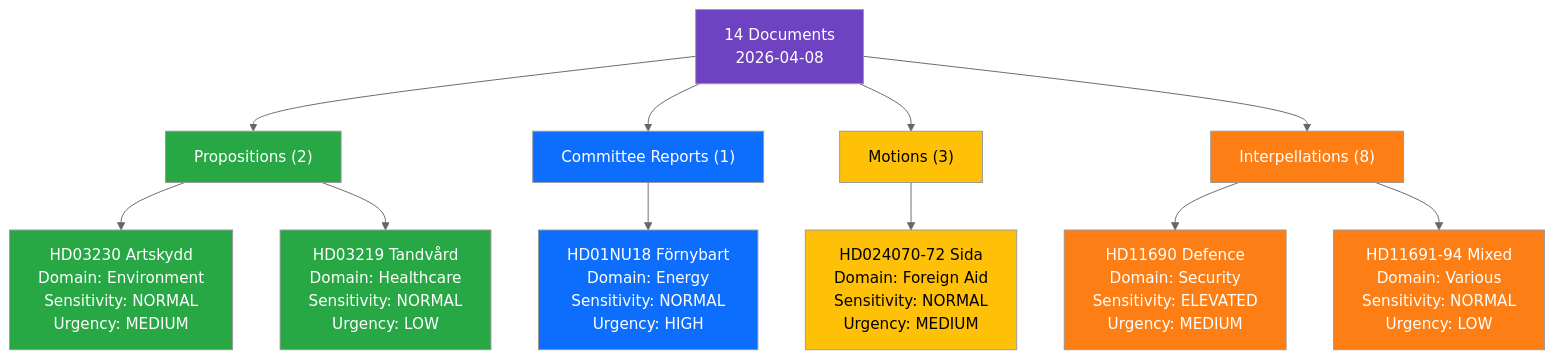
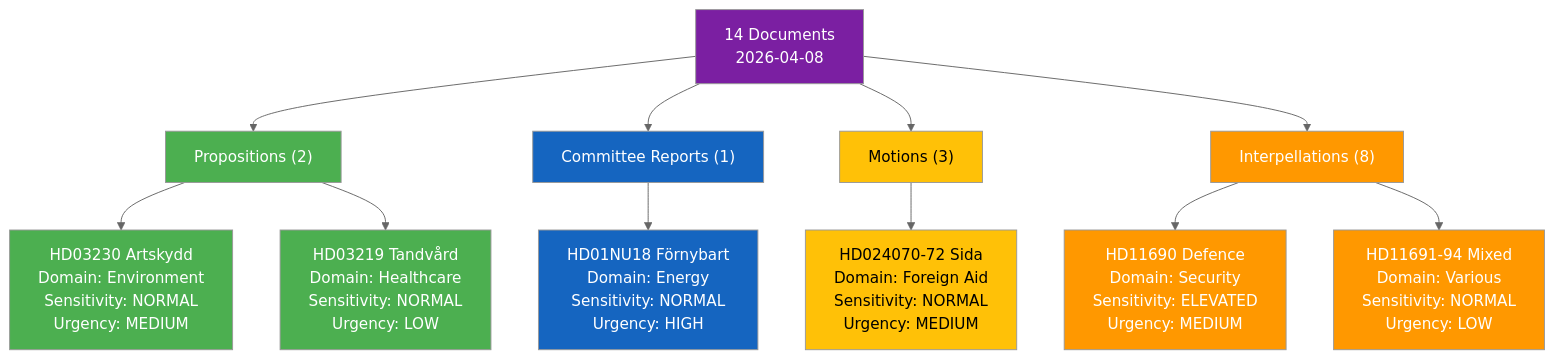
The diagram in analysis/daily/2026-04-08/evening-analysis/classification-results.md (Hack23/riksdagsmonitor), drawn with Mermaid (neutral theme) before and after one commit. The commit also changed 785 other files, not shown here.

First line of the commit message:
Normalize mermaid colors across 786 analysis artifacts to ISMS Style Guide palette

````diff
--- a/analysis/daily/2026-04-08/evening-analysis/classification-results.md
+++ b/analysis/daily/2026-04-08/evening-analysis/classification-results.md
@@ -10,30 +10,30 @@
 ```mermaid
 graph TD
     START["14 Documents<br/>2026-04-08"]
     START --> PROP["Propositions (2)"]
     START --> BET["Committee Reports (1)"]
     START --> MOT["Motions (3)"]
     START --> IP["Interpellations (8)"]
 
     PROP --> P1["HD03230 Artskydd<br/>Domain: Environment<br/>Sensitivity: NORMAL<br/>Urgency: MEDIUM"]
     PROP --> P2["HD03219 Tandvård<br/>Domain: Healthcare<br/>Sensitivity: NORMAL<br/>Urgency: LOW"]
 
     BET --> B1["HD01NU18 Förnybart<br/>Domain: Energy<br/>Sensitivity: NORMAL<br/>Urgency: HIGH"]
 
     MOT --> M1["HD024070-72 Sida<br/>Domain: Foreign Aid<br/>Sensitivity: NORMAL<br/>Urgency: MEDIUM"]
 
     IP --> I1["HD11690 Defence<br/>Domain: Security<br/>Sensitivity: ELEVATED<br/>Urgency: MEDIUM"]
     IP --> I2["HD11691-94 Mixed<br/>Domain: Various<br/>Sensitivity: NORMAL<br/>Urgency: LOW"]
 
-    style START fill:#6f42c1,color:#fff
-    style PROP fill:#28a745,color:#fff
-    style BET fill:#0d6efd,color:#fff
-    style MOT fill:#ffc107,color:#000
-    style IP fill:#fd7e14,color:#fff
-    style P1 fill:#28a745,color:#fff
-    style P2 fill:#28a745,color:#fff
-    style B1 fill:#0d6efd,color:#fff
-    style M1 fill:#ffc107,color:#000
-    style I1 fill:#fd7e14,color:#fff
-    style I2 fill:#fd7e14,color:#fff
+    style START fill:#7B1FA2,color:#FFFFFF
+    style PROP fill:#4CAF50,color:#FFFFFF
+    style BET fill:#1565C0,color:#FFFFFF
+    style MOT fill:#FFC107,color:#000000
+    style IP fill:#FF9800,color:#FFFFFF
+    style P1 fill:#4CAF50,color:#FFFFFF
+    style P2 fill:#4CAF50,color:#FFFFFF
+    style B1 fill:#1565C0,color:#FFFFFF
+    style M1 fill:#FFC107,color:#000000
+    style I1 fill:#FF9800,color:#FFFFFF
+    style I2 fill:#FF9800,color:#FFFFFF
 ```
````
